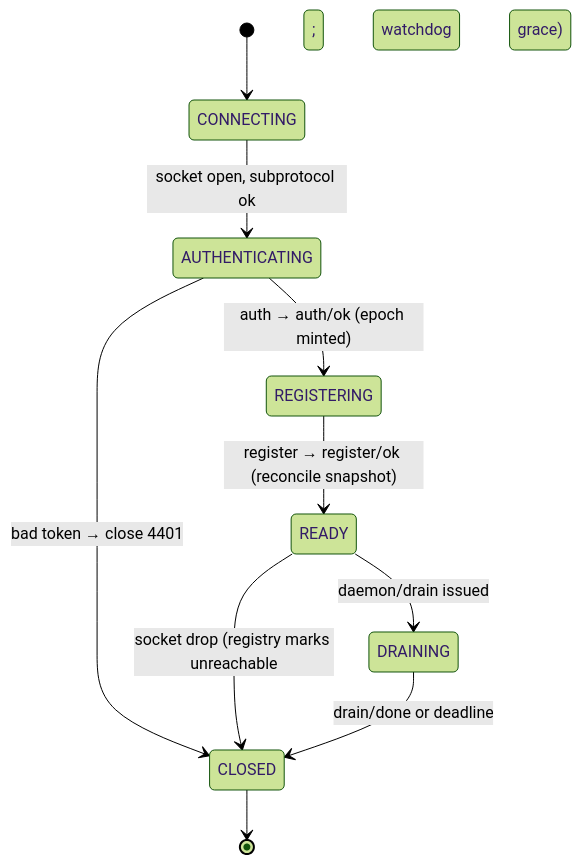
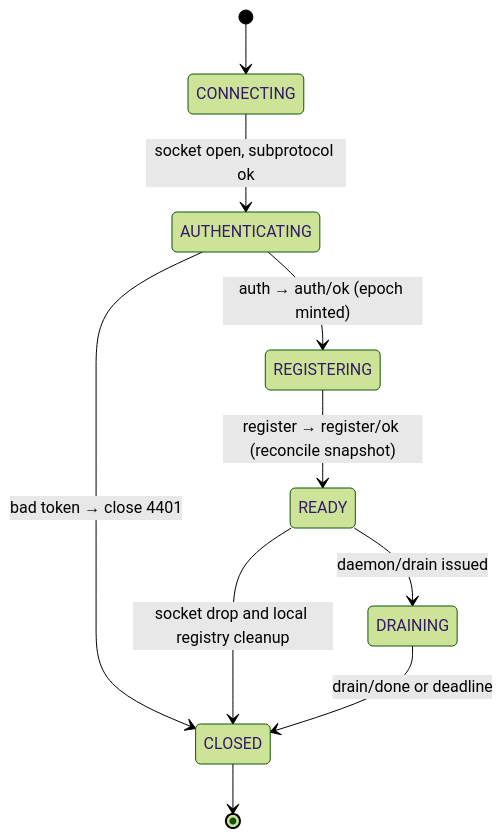
Before and after one commit to Harbor404/agentconnect: the second of 3 diagrams in docs/designs/control-plane-implementation.md, drawn with Mermaid (forest theme). The commit also changed other lines of this file and 10 other files, not shown here.

````diff
--- a/docs/designs/control-plane-implementation.md
+++ b/docs/designs/control-plane-implementation.md
@@ -827,12 +835,12 @@
 ```mermaid
 stateDiagram-v2
   [*] --> CONNECTING
   CONNECTING --> AUTHENTICATING : socket open, subprotocol ok
   AUTHENTICATING --> REGISTERING : auth → auth/ok (epoch minted)
   AUTHENTICATING --> CLOSED : bad token → close 4401
   REGISTERING --> READY : register → register/ok (reconcile snapshot)
   READY --> DRAINING : daemon/drain issued
-  READY --> CLOSED : socket drop (registry marks unreachable; watchdog grace)
+  READY --> CLOSED : socket drop and local registry cleanup
   DRAINING --> CLOSED : drain/done or deadline
   CLOSED --> [*]
 ```
````
